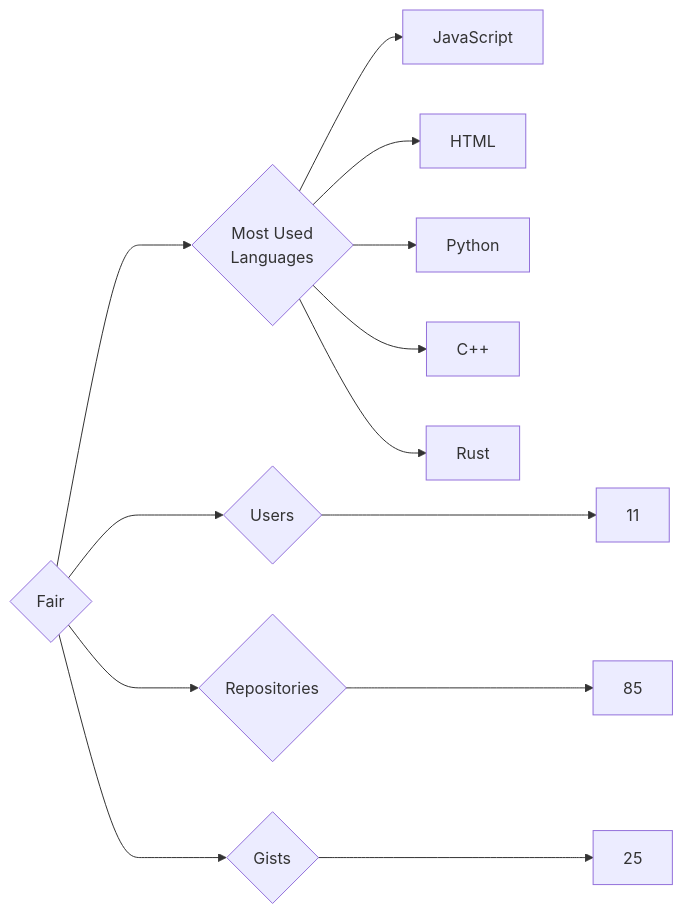
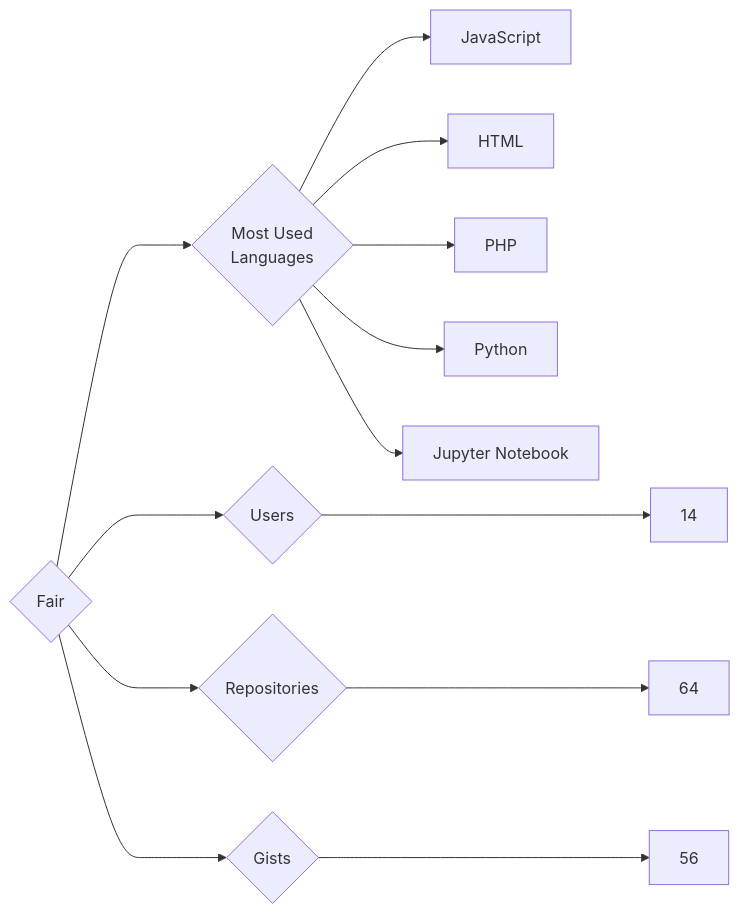
The diagram in targets/Fair/README.md (trickest/insiders), drawn with Mermaid before and after one commit. The commit also changed 894 other files, not shown here.

````diff
--- a/targets/Fair/README.md
+++ b/targets/Fair/README.md
@@ -3,13 +3,13 @@
 ```mermaid
 graph LR
 COMPANY_NAME{Fair}
-COMPANY_NAME ---> U{Users} ---> UN[11]
-COMPANY_NAME ---> R{Repositories} ---> RN[85]
-COMPANY_NAME ---> G{Gists} ---> GN[25]
+COMPANY_NAME ---> U{Users} ---> UN[14]
+COMPANY_NAME ---> R{Repositories} ---> RN[64]
+COMPANY_NAME ---> G{Gists} ---> GN[56]
 COMPANY_NAME ---> ML{Most Used<br>Languages}
 ML --> JavaScript[JavaScript]
 ML --> HTML[HTML]
+ML --> PHP[PHP]
 ML --> Python[Python]
-ML --> C++[C++]
-ML --> Rust[Rust]
+ML --> Jupyter_Notebook[Jupyter Notebook]
 ```
````
